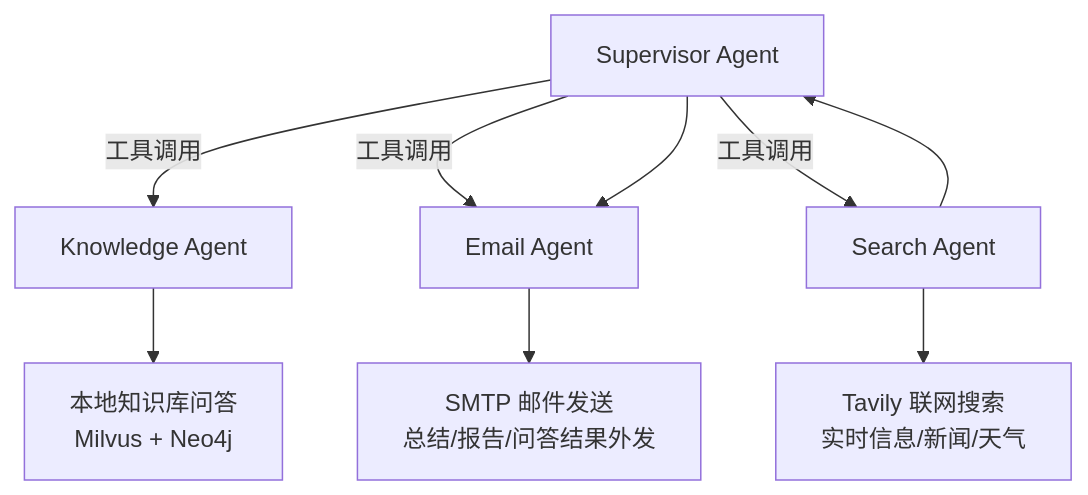
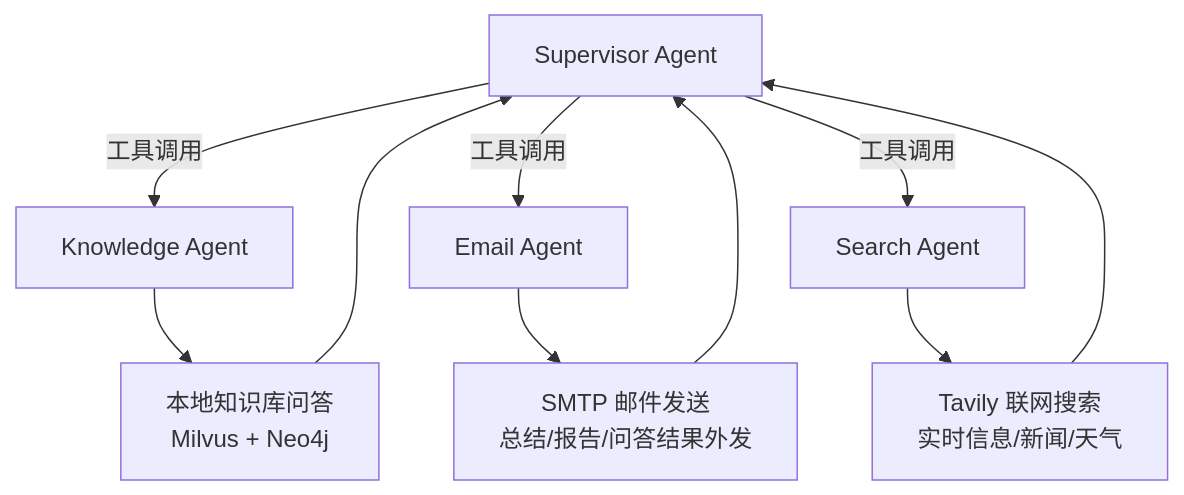
Before and after one commit to caigood/Multimodal-RAG-Agent-langgraph: the second of 2 diagrams in README.md, drawn with Mermaid. The commit also changed other lines of this file and 4 other files, not shown here.

````diff
--- a/README.md
+++ b/README.md
@@ -106,11 +106,12 @@
 ```mermaid
 graph TD
     A[Supervisor Agent] -->|工具调用| B[Knowledge Agent]
     A -->|工具调用| C[Email Agent]
     A -->|工具调用| D[Search Agent]
     B --> E[本地知识库问答\nMilvus + Neo4j]
     C --> F[SMTP 邮件发送\n总结/报告/问答结果外发]
     D --> G[Tavily 联网搜索\n实时信息/新闻/天气]
-    D --> A
-    A --> C
+    E --> A
+    F --> A
+    G --> A
 ```
````
